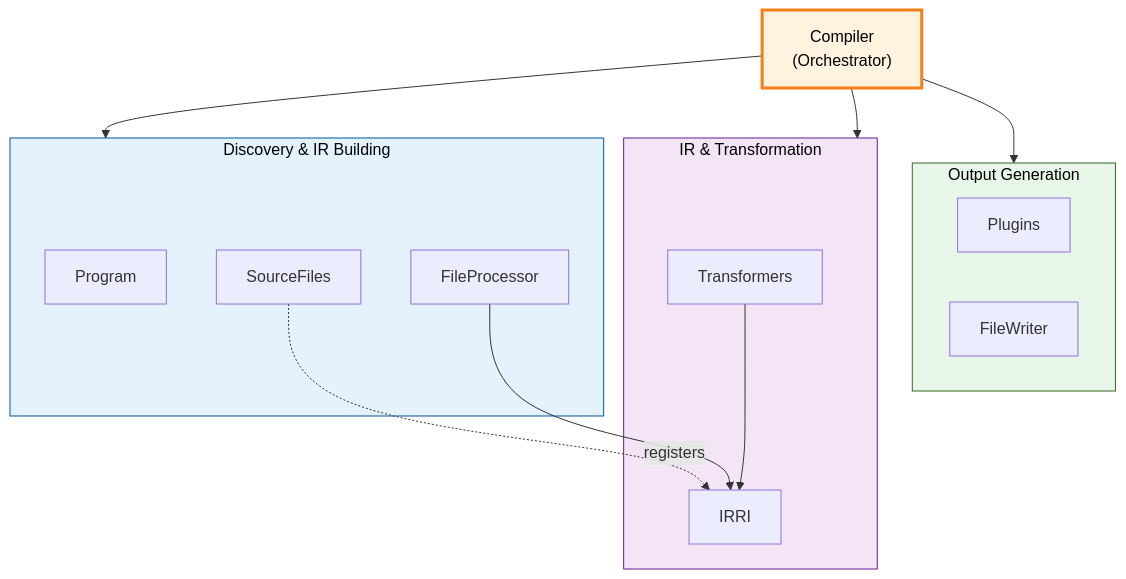
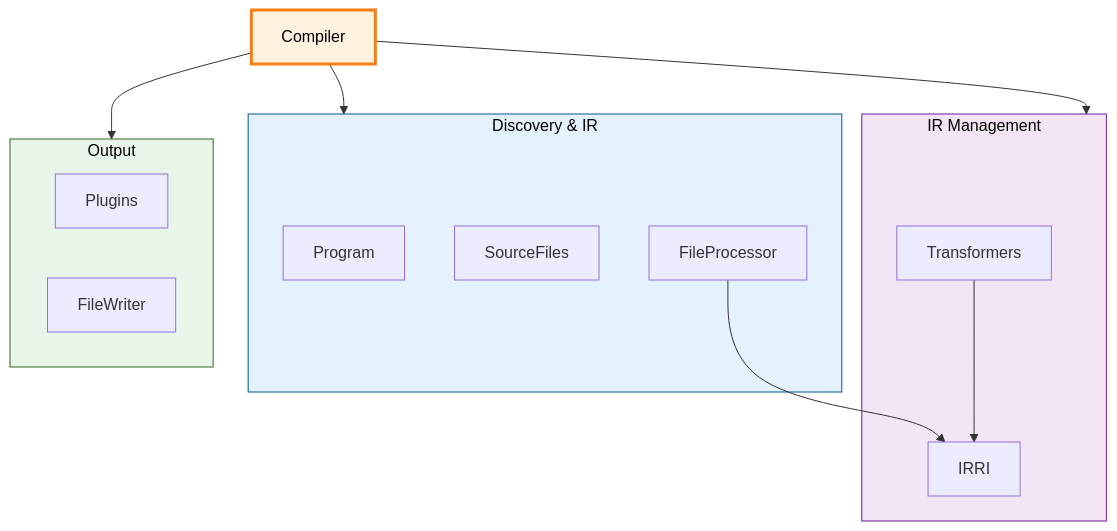
The diagram in apps/docs/src/content/docs/internals/core.mdx (max-scopp/pencel), drawn with Mermaid before and after one commit. The commit also changed other lines of this file and 16 other files, not shown here.

````diff
--- a/apps/docs/src/content/docs/internals/core.mdx
+++ b/apps/docs/src/content/docs/internals/core.mdx
@@ -11,33 +11,31 @@
 ```mermaid
 graph TB
-    subgraph Discovery["Discovery & IR Building"]
+    subgraph Discovery["Discovery & IR"]
         Program["Program"]
         SourceFiles["SourceFiles"]
         FileProcessor["FileProcessor"]
     end
     
-    subgraph IRManagement["IR & Transformation"]
+    subgraph Mgmt["IR Management"]
         IRRI["IRRI"]
         Transformers["Transformers"]
     end
     
-    subgraph Output["Output Generation"]
+    subgraph Output["Output"]
         Plugins["Plugins"]
         FileWriter["FileWriter"]
     end
     
-    Compiler["Compiler<br/>(Orchestrator)"]
+    Compiler["Compiler"]
     
     Compiler --> Discovery
-    Compiler --> IRManagement
+    Compiler --> Mgmt
     Compiler --> Output
-    
     FileProcessor --> IRRI
     Transformers --> IRRI
-    SourceFiles -.->|registers| IRRI
     
     style Compiler fill:#fff3e0,stroke:#f57f17,stroke-width:3px,color:#000
     style Discovery fill:#e3f2fd,stroke:#01579b,color:#000
-    style IRManagement fill:#f3e5f5,stroke:#6a1b9a,color:#000
+    style Mgmt fill:#f3e5f5,stroke:#6a1b9a,color:#000
     style Output fill:#e8f5e9,stroke:#33691e,color:#000
 ```
````
